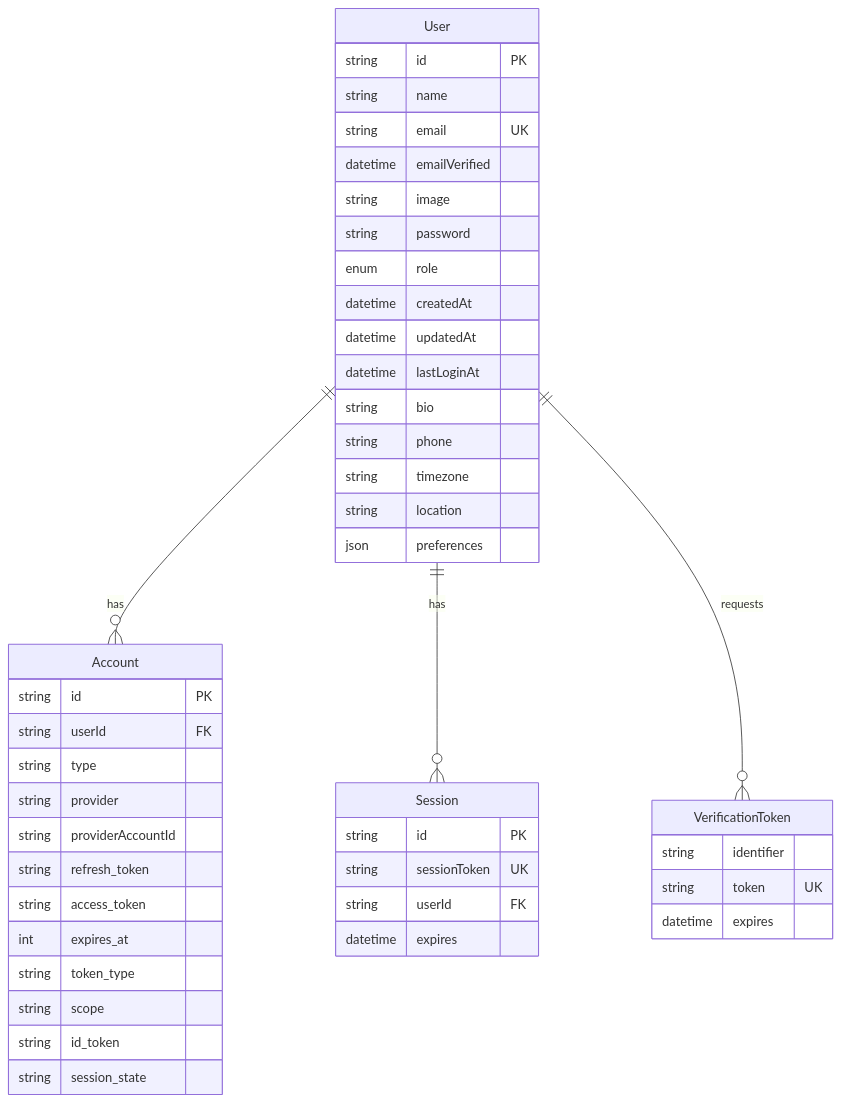
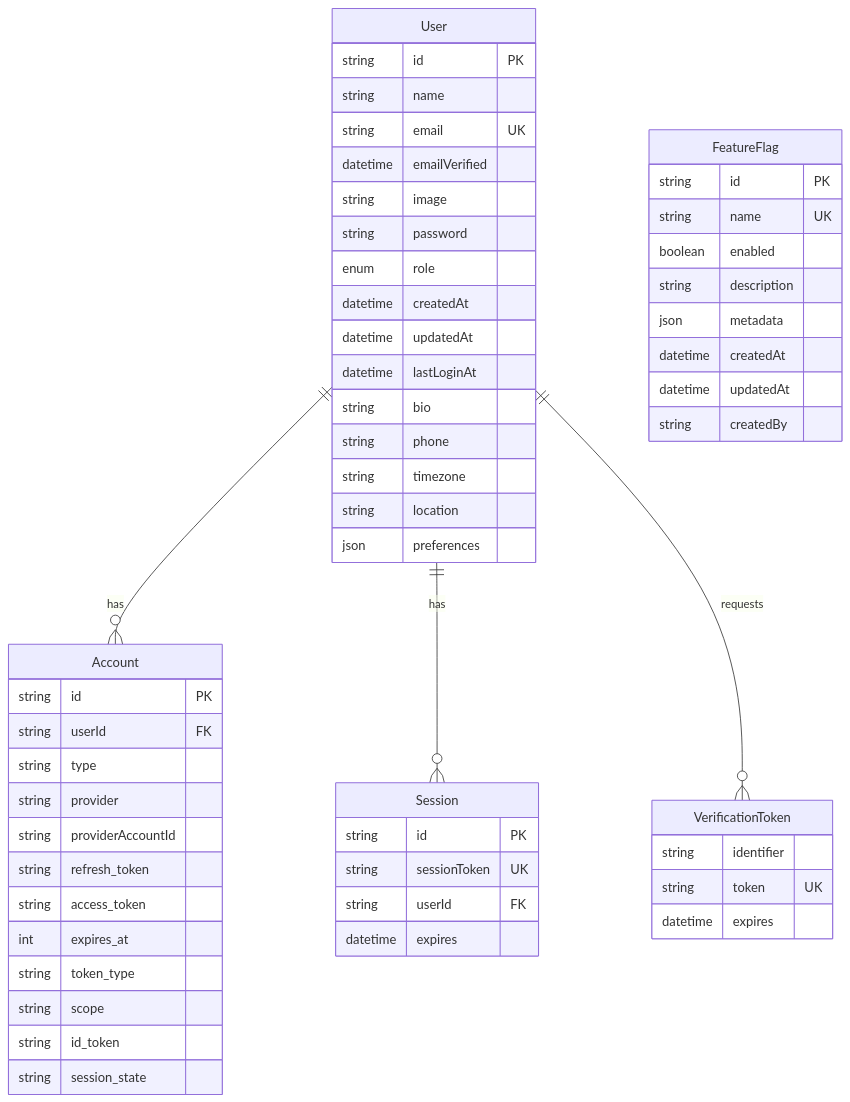
The diagram in .context/database/schema.md (human-centric-engineering/sunrise), drawn with Mermaid before and after one commit. The commit also changed other lines of this file and 10 other files, not shown here.

````diff
--- a/.context/database/schema.md
+++ b/.context/database/schema.md
@@ -9,51 +9,62 @@
 ```mermaid
 erDiagram
     User ||--o{ Account : "has"
     User ||--o{ Session : "has"
     User ||--o{ VerificationToken : "requests"
     User {
         string id PK
         string name
         string email UK
         datetime emailVerified
         string image
         string password
         enum role
         datetime createdAt
         datetime updatedAt
         datetime lastLoginAt
         string bio
         string phone
         string timezone
         string location
         json preferences
     }
 
     Account {
         string id PK
         string userId FK
         string type
         string provider
         string providerAccountId
         string refresh_token
         string access_token
         int expires_at
         string token_type
         string scope
         string id_token
         string session_state
     }
 
     Session {
         string id PK
         string sessionToken UK
         string userId FK
         datetime expires
     }
 
     VerificationToken {
         string identifier
         string token UK
         datetime expires
     }
+
+    FeatureFlag {
+        string id PK
+        string name UK
+        boolean enabled
+        string description
+        json metadata
+        datetime createdAt
+        datetime updatedAt
+        string createdBy
+    }
 ```
````
